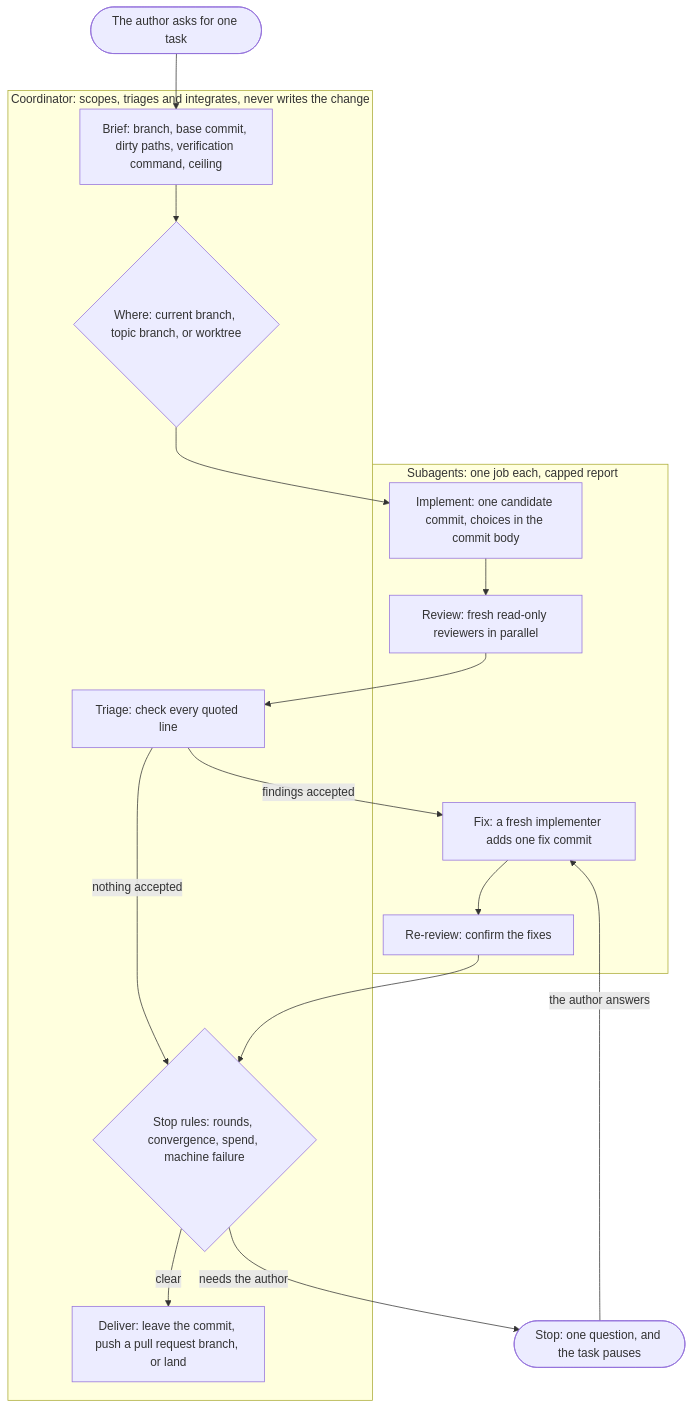
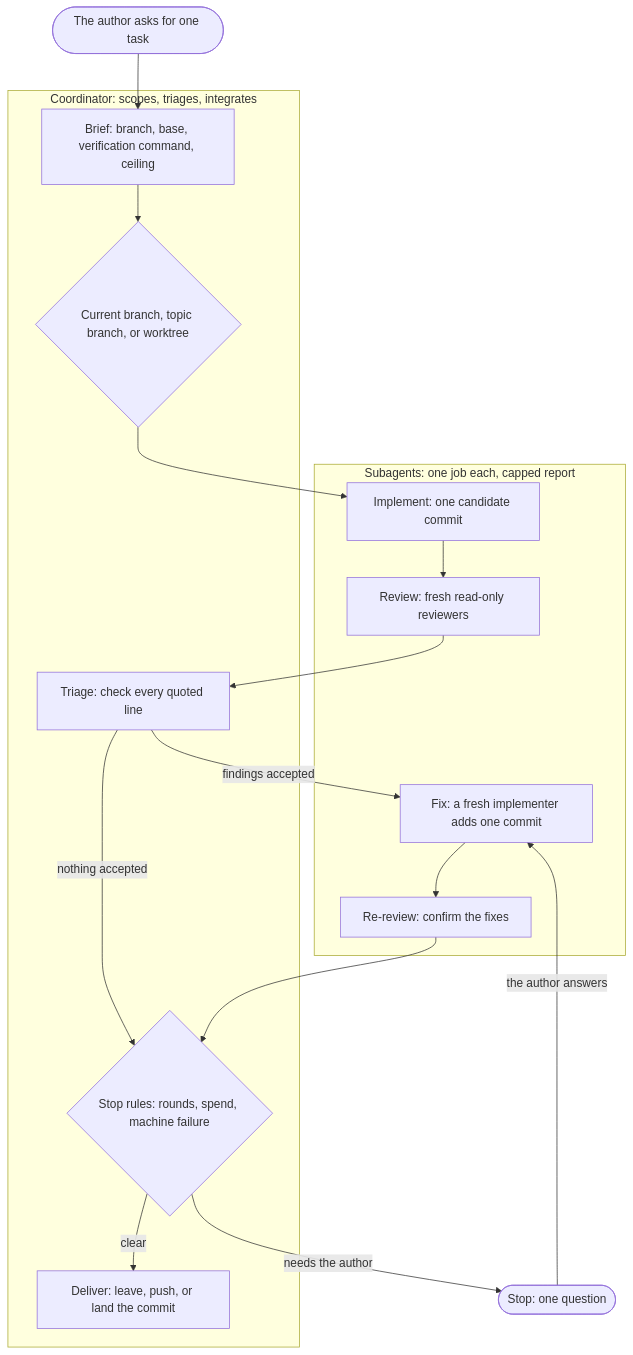
The diagram in docs/orchestration.md (glin/skills), drawn with Mermaid before and after one commit. The commit also changed other lines of this file, not shown here.

Commit message:
docs(orchestration): cut the reason log to the failure each rule prevents

````diff
--- a/docs/orchestration.md
+++ b/docs/orchestration.md
@@ -50,26 +22,26 @@
 ```mermaid
 flowchart TD
     start([The author asks for one task]) --> brief
 
-    subgraph coord [Coordinator: scopes, triages and integrates, never writes the change]
-        brief[Brief: branch, base commit, dirty paths, verification command, ceiling]
-        tree{Where: current branch, topic branch, or worktree}
+    subgraph coord [Coordinator: scopes, triages, integrates]
+        brief[Brief: branch, base, verification command, ceiling]
+        tree{Current branch, topic branch, or worktree}
         triage[Triage: check every quoted line]
-        gate{Stop rules: rounds, convergence, spend, machine failure}
-        deliver[Deliver: leave the commit, push a pull request branch, or land]
+        gate{Stop rules: rounds, spend, machine failure}
+        deliver[Deliver: leave, push, or land the commit]
     end
 
     subgraph units [Subagents: one job each, capped report]
-        impl[Implement: one candidate commit, choices in the commit body]
-        rev[Review: fresh read-only reviewers in parallel]
-        fix[Fix: a fresh implementer adds one fix commit]
+        impl[Implement: one candidate commit]
+        rev[Review: fresh read-only reviewers]
+        fix[Fix: a fresh implementer adds one commit]
         rerev[Re-review: confirm the fixes]
     end
 
     brief --> tree --> impl --> rev --> triage
     triage -->|findings accepted| fix --> rerev --> gate
     triage -->|nothing accepted| gate
     gate -->|clear| deliver
-    gate -->|needs the author| ask([Stop: one question, and the task pauses])
+    gate -->|needs the author| ask([Stop: one question])
     ask -->|the author answers| fix
 ```
````
